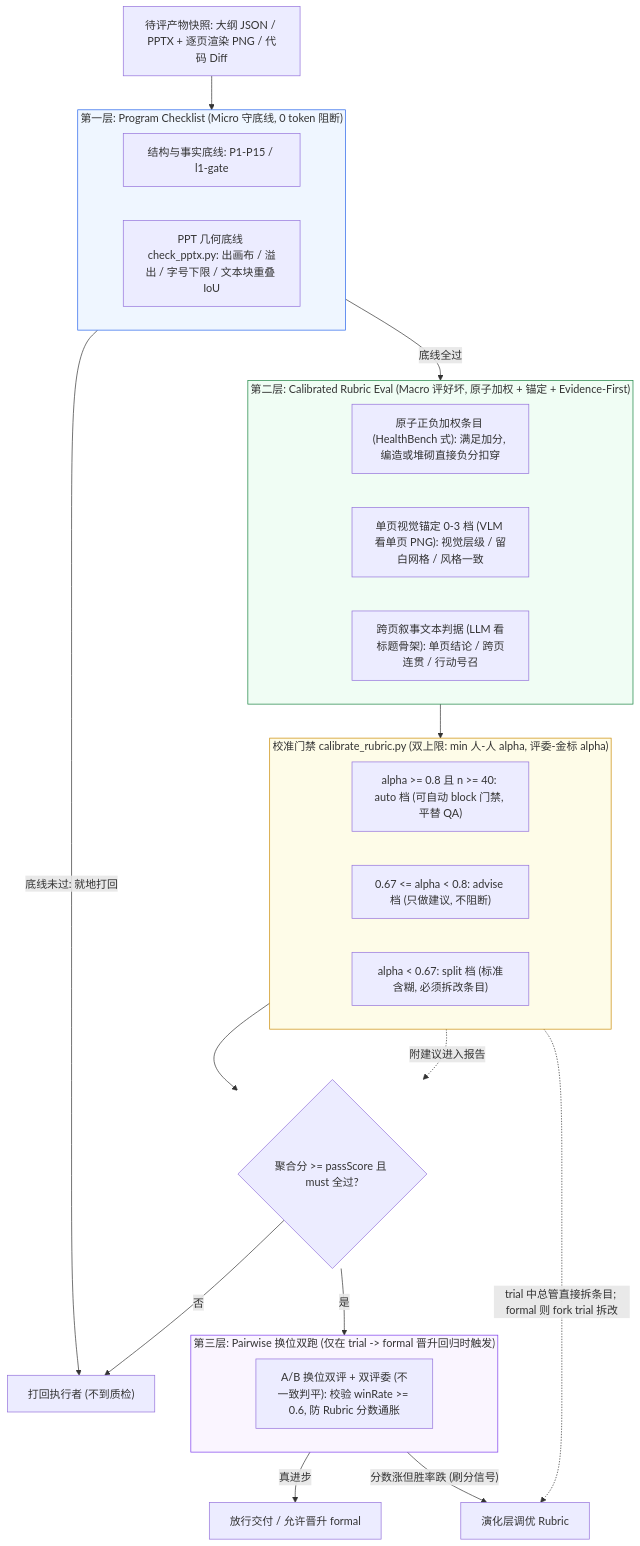
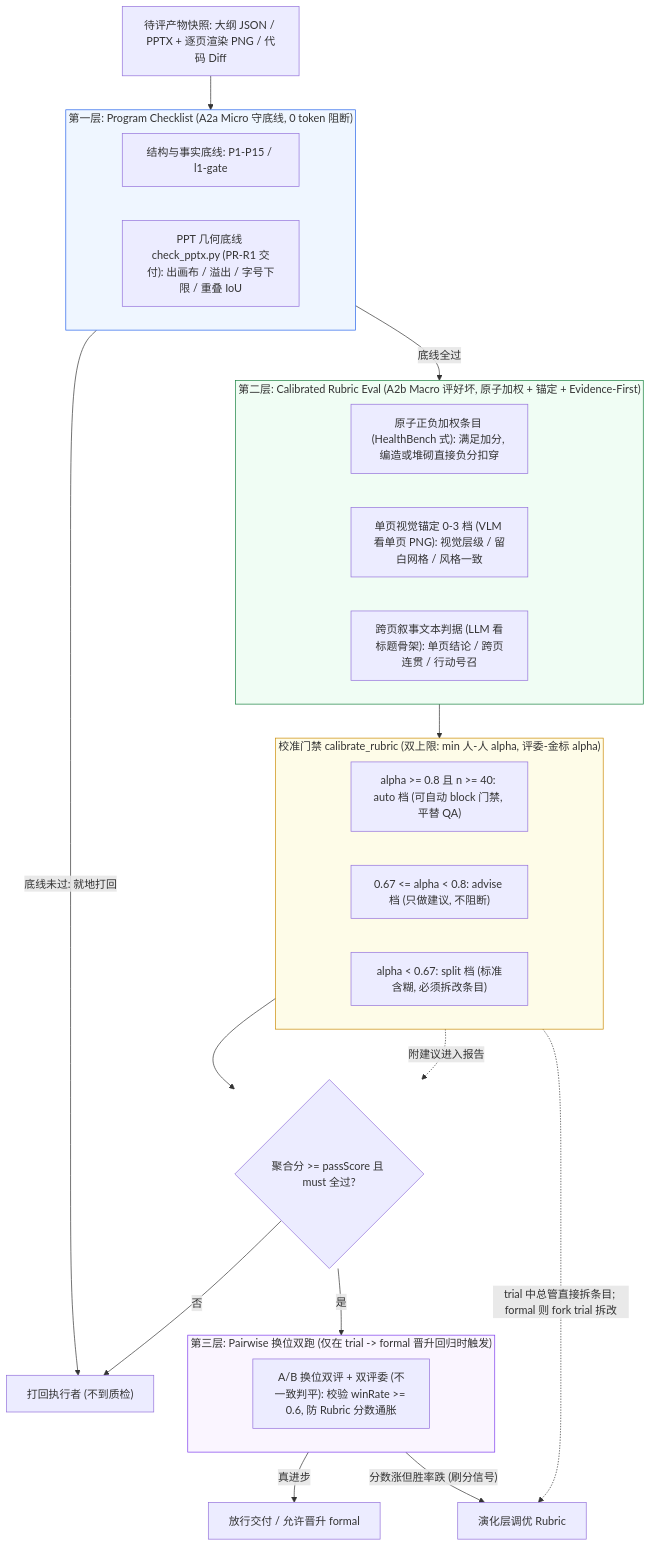
The sixth of 6 diagrams in docs/compound-agent-business-flow-and-gap-map-20261127.md (scottzx/agent-workflow), drawn with Mermaid before and after one commit. The commit also changed other lines of this file and 3 other files, not shown here.

Commit message:
docs: fix CR M1-M3 and S1-S7 (disambiguate A1-A5 vs L1-L3, 3-band rubric gate, PR-1B learnings_lookup)

````diff
--- a/docs/compound-agent-business-flow-and-gap-map-20261127.md
+++ b/docs/compound-agent-business-flow-and-gap-map-20261127.md
@@ -212,45 +213,45 @@
 ```mermaid
 flowchart TD
     ART["待评产物快照: 大纲 JSON / PPTX + 逐页渲染 PNG / 代码 Diff"]
 
-    subgraph Layer1["第一层: Program Checklist (Micro 守底线, 0 token 阻断)"]
+    subgraph Layer1["第一层: Program Checklist (A2a Micro 守底线, 0 token 阻断)"]
         direction LR
-        C1["结构与事实底线: P1-P15 / l1-gate"]
-        C2["PPT 几何底线 check_pptx.py: 出画布 / 溢出 / 字号下限 / 文本块重叠 IoU"]
+        Chk1["结构与事实底线: P1-P15 / l1-gate"]
+        Chk2["PPT 几何底线 check_pptx.py (PR-R1 交付): 出画布 / 溢出 / 字号下限 / 重叠 IoU"]
     end
 
-    subgraph Layer2["第二层: Calibrated Rubric Eval (Macro 评好坏, 原子加权 + 锚定 + Evidence-First)"]
+    subgraph Layer2["第二层: Calibrated Rubric Eval (A2b Macro 评好坏, 原子加权 + 锚定 + Evidence-First)"]
         direction LR
-        R1["原子正负加权条目 (HealthBench 式): 满足加分, 编造或堆砌直接负分扣穿"]
-        R2["单页视觉锚定 0-3 档 (VLM 看单页 PNG): 视觉层级 / 留白网格 / 风格一致"]
-        R3["跨页叙事文本判据 (LLM 看标题骨架): 单页结论 / 跨页连贯 / 行动号召"]
+        Rub1["原子正负加权条目 (HealthBench 式): 满足加分, 编造或堆砌直接负分扣穿"]
+        Rub2["单页视觉锚定 0-3 档 (VLM 看单页 PNG): 视觉层级 / 留白网格 / 风格一致"]
+        Rub3["跨页叙事文本判据 (LLM 看标题骨架): 单页结论 / 跨页连贯 / 行动号召"]
     end
 
-    subgraph Cal["校准门禁 calibrate_rubric.py (双上限: min 人-人 alpha, 评委-金标 alpha)"]
+    subgraph Cal["校准门禁 calibrate_rubric (双上限: min 人-人 alpha, 评委-金标 alpha)"]
         direction LR
-        B1["alpha >= 0.8 且 n >= 40: auto 档 (可自动 block 门禁, 平替 QA)"]
-        B2["0.67 <= alpha < 0.8: advise 档 (只做建议, 不阻断)"]
-        B3["alpha < 0.67: split 档 (标准含糊, 必须拆改条目)"]
+        Band1["alpha >= 0.8 且 n >= 40: auto 档 (可自动 block 门禁, 平替 QA)"]
+        Band2["0.67 <= alpha < 0.8: advise 档 (只做建议, 不阻断)"]
+        Band3["alpha < 0.67: split 档 (标准含糊, 必须拆改条目)"]
     end
 
     subgraph Layer3["第三层: Pairwise 换位双跑 (仅在 trial -> formal 晋升回归时触发)"]
         PW["A/B 换位双评 + 双评委 (不一致判平): 校验 winRate >= 0.6, 防 Rubric 分数通胀"]
     end
 
     ART --> Layer1
     Layer1 -- "底线未过: 就地打回" --> REJ["打回执行者 (不到质检)"]
     Layer1 -- "底线全过" --> Layer2
     Layer2 --> Cal
-    B1 --> GATE{"聚合分 >= passScore 且 must 全过?"}
-    B2 -. "附建议进入报告" .-> GATE
-    B3 -. "trial 中总管直接拆条目; formal 则 fork trial 拆改" .-> PROP["演化层调优 Rubric"]
+    Band1 --> GATE{"聚合分 >= passScore 且 must 全过?"}
+    Band2 -. "附建议进入报告" .-> GATE
+    Band3 -. "trial 中总管直接拆条目; formal 则 fork trial 拆改" .-> PROP["演化层调优 Rubric"]
     GATE -- "否" --> REJ
     GATE -- "是" --> Layer3
     Layer3 -- "真进步" --> PASS["放行交付 / 允许晋升 formal"]
     Layer3 -- "分数涨但胜率跌 (刷分信号)" --> PROP
 
     style Layer1 fill:#eff6ff,stroke:#2563eb
     style Layer2 fill:#f0fdf4,stroke:#15803d
     style Cal fill:#fefce8,stroke:#ca8a04
     style Layer3 fill:#faf5ff,stroke:#7c3aed
 ```
````
